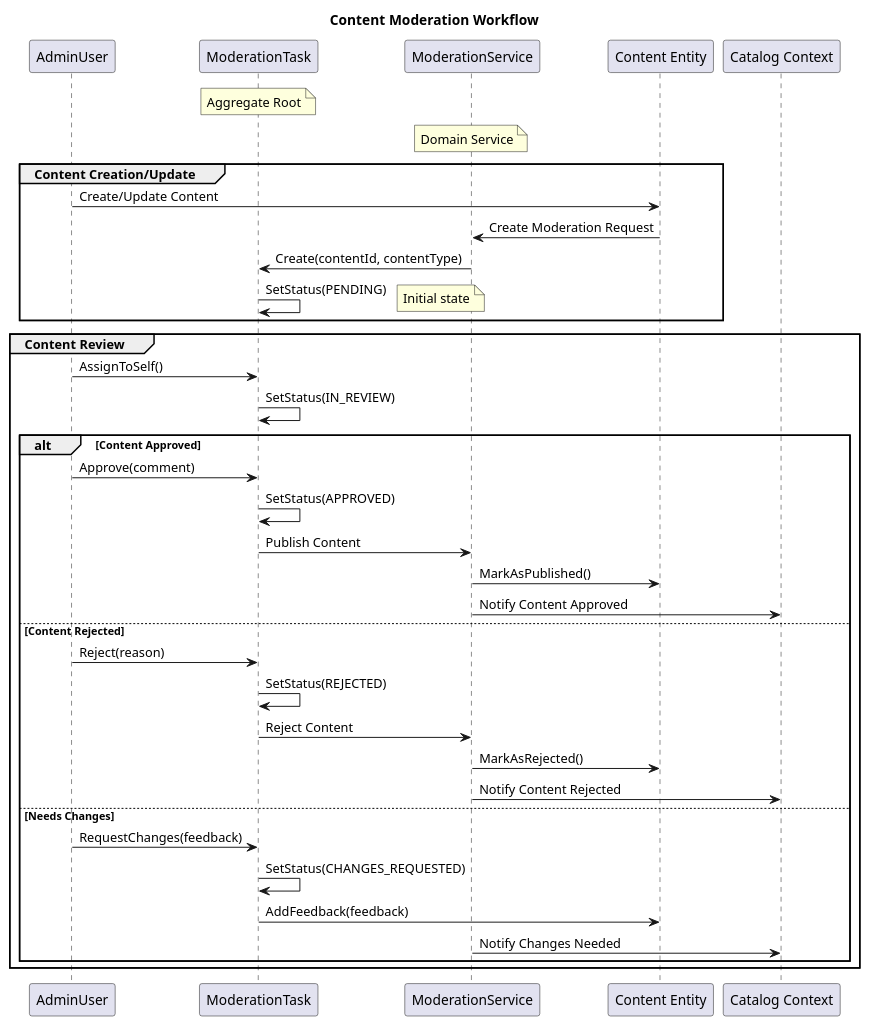
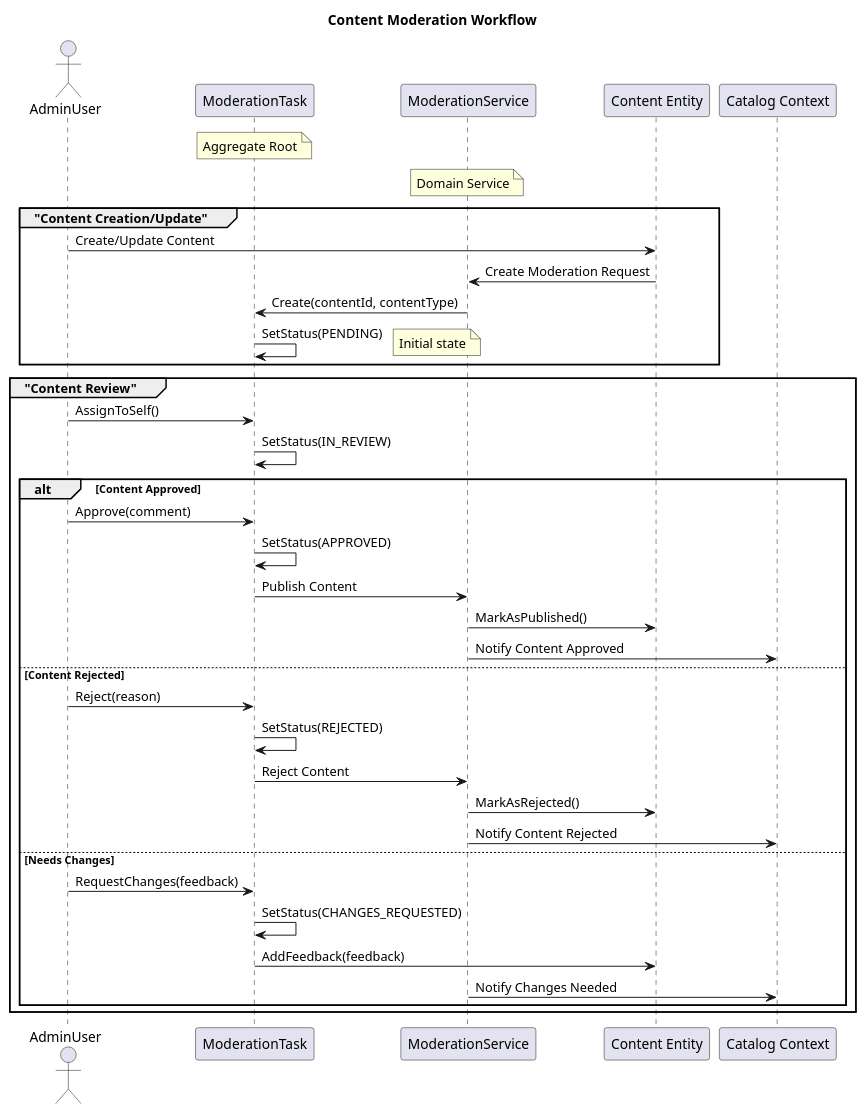
One commit to chris00walker/domain-model changed the diagram in DDD_Artefacts/docs/diagrams/admin_moderation_workflow.puml. Above: the diagram before and after it, drawn with PlantUML. The commit also changed 120 other files, not shown here.

```diff
--- a/DDD_Artefacts/docs/diagrams/admin_moderation_workflow.puml
+++ b/DDD_Artefacts/docs/diagrams/admin_moderation_workflow.puml
@@ -1,49 +1,55 @@
 @startuml Admin Content Moderation Workflow
 
 skinparam componentStyle uml2
 skinparam defaultFontName Arial
+skinparam monochrome false
+skinparam shadowing false
 
-title Content Moderation Workflow
-
-participant "AdminUser" as admin
+' Define participants
+actor AdminUser as admin
 participant "ModerationTask" as task
 participant "ModerationService" as service
 participant "Content Entity" as content
 participant "Catalog Context" as catalog
 
+' Notes
 note over task: Aggregate Root
 note over service: Domain Service
 
-group Content Creation/Update
+title Content Moderation Workflow
+
+' Content Creation/Update group
+group "Content Creation/Update"
     admin -> content: Create/Update Content
     content -> service: Create Moderation Request
     service -> task: Create(contentId, contentType)
     task -> task: SetStatus(PENDING)
     note right: Initial state
 end
 
-group Content Review
+' Content Review group
+group "Content Review"
     admin -> task: AssignToSelf()
     task -> task: SetStatus(IN_REVIEW)
 
     alt Content Approved
         admin -> task: Approve(comment)
         task -> task: SetStatus(APPROVED)
         task -> service: Publish Content
         service -> content: MarkAsPublished()
         service -> catalog: Notify Content Approved
     else Content Rejected
         admin -> task: Reject(reason)
         task -> task: SetStatus(REJECTED)
         task -> service: Reject Content
         service -> content: MarkAsRejected()
         service -> catalog: Notify Content Rejected
     else Needs Changes
         admin -> task: RequestChanges(feedback)
         task -> task: SetStatus(CHANGES_REQUESTED)
         task -> content: AddFeedback(feedback)
         service -> catalog: Notify Changes Needed
     end
 end
 
 @enduml
```
